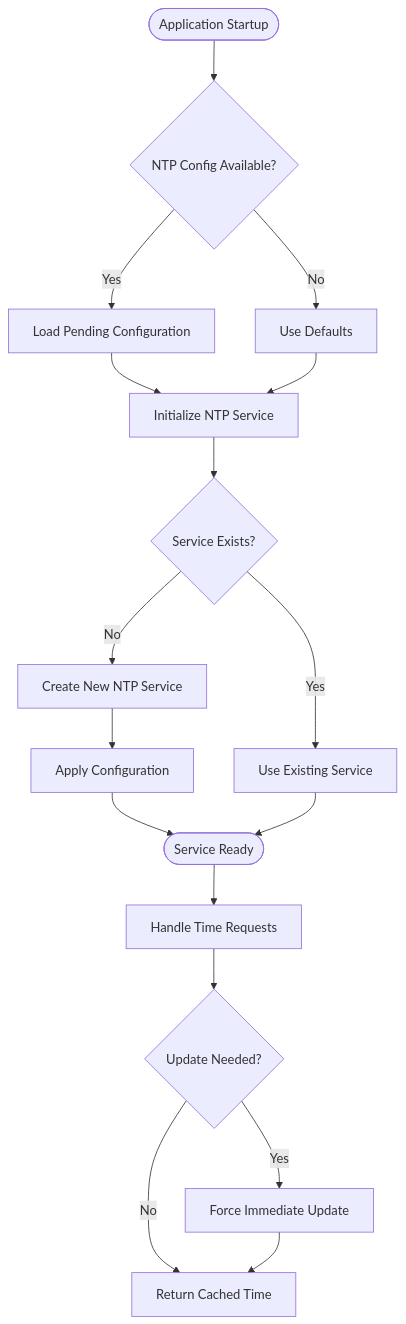
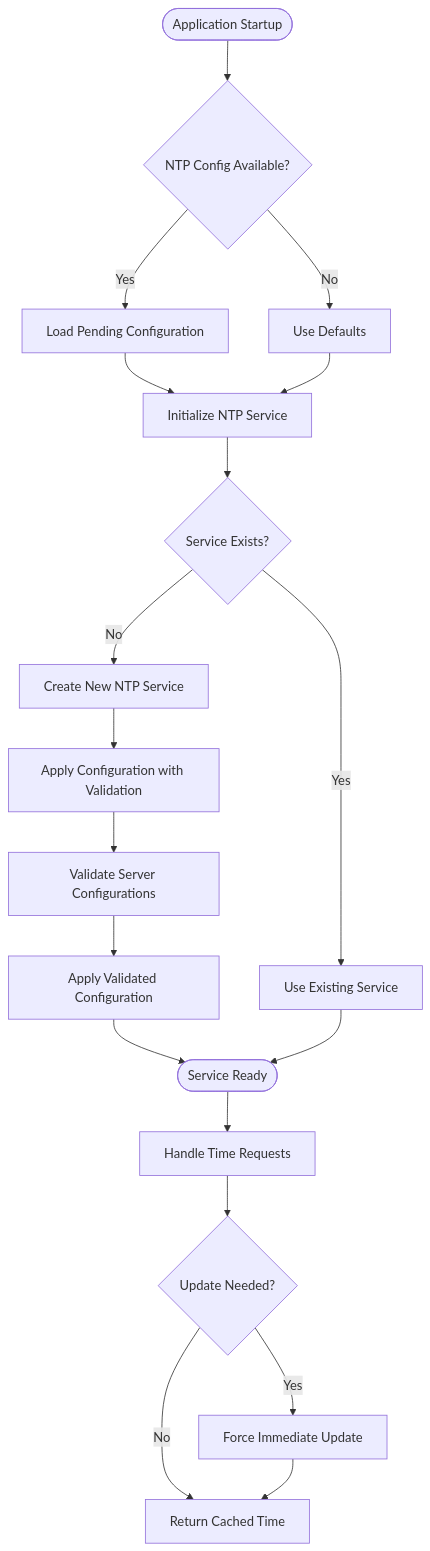
The sixth of 9 diagrams in .qoder/repowiki/en/content/Core Libraries/NTP Synchronization System.md (VIZ-Blockchain/viz-cpp-node), drawn with Mermaid before and after one commit. The commit also changed other lines of this file and 6 other files, not shown here.

````diff
--- a/.qoder/repowiki/en/content/Core Libraries/NTP Synchronization System.md
+++ b/.qoder/repowiki/en/content/Core Libraries/NTP Synchronization System.md
@@ -232,19 +277,21 @@
 ```mermaid
 flowchart TD
 Start([Application Startup]) --> CheckConfig{"NTP Config Available?"}
 CheckConfig --> |Yes| LoadConfig["Load Pending Configuration"]
 CheckConfig --> |No| DefaultConfig["Use Defaults"]
 LoadConfig --> InitService["Initialize NTP Service"]
 DefaultConfig --> InitService
 InitService --> CheckService{"Service Exists?"}
 CheckService --> |No| CreateService["Create New NTP Service"]
 CheckService --> |Yes| UseExisting["Use Existing Service"]
-CreateService --> ApplyConfig["Apply Configuration"]
-ApplyConfig --> Ready([Service Ready])
+CreateService --> ApplyConfig["Apply Configuration with Validation"]
+ApplyConfig --> ValidateServers["Validate Server Configurations"]
+ValidateServers --> ApplyToService["Apply Validated Configuration"]
+ApplyToService --> Ready([Service Ready])
 UseExisting --> Ready
 Ready --> RequestTime["Handle Time Requests"]
 RequestTime --> UpdateCheck{"Update Needed?"}
 UpdateCheck --> |Yes| ForceUpdate["Force Immediate Update"]
 UpdateCheck --> |No| ReturnTime["Return Cached Time"]
 ForceUpdate --> ReturnTime
 ```
````
